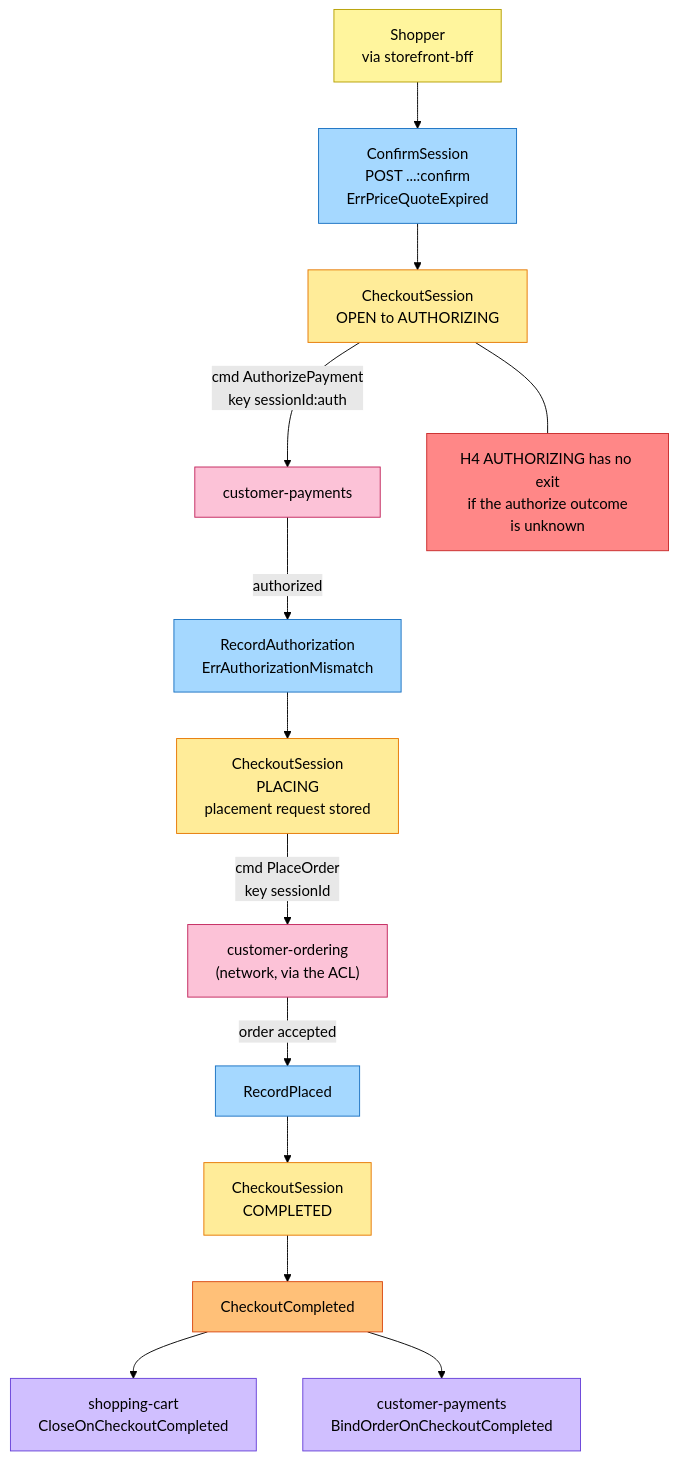
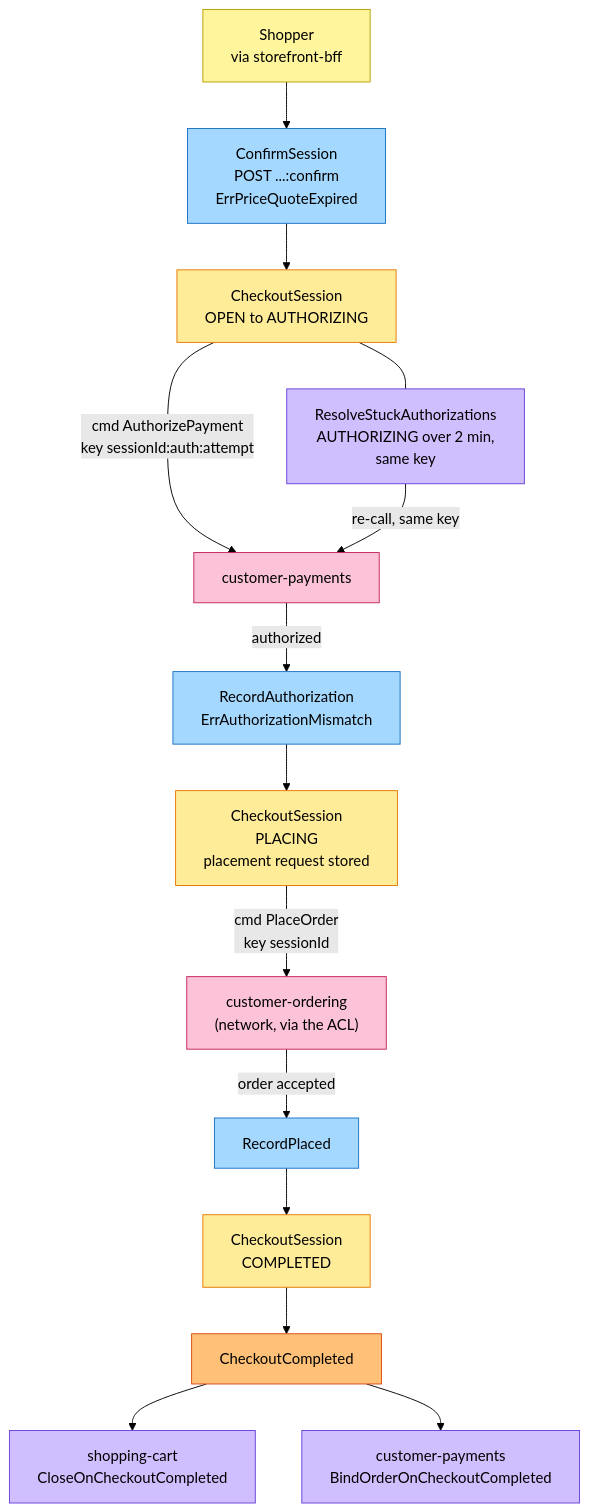
One commit to IQVO/warehouse-docs changed the second of 6 diagrams in storefront/docs/contexts/checkout/eventstorming.md. Above: the diagram before and after it, drawn with Mermaid (forest theme). The commit also changed other lines of this file and 11 other files, not shown here.

````diff
--- a/storefront/docs/contexts/checkout/eventstorming.md
+++ b/storefront/docs/contexts/checkout/eventstorming.md
@@ -78,37 +82,37 @@
 ```mermaid
 flowchart TB
     S["Shopper<br/>via storefront-bff"]:::actor
     C1["ConfirmSession<br/>POST ...:confirm<br/>ErrPriceQuoteExpired"]:::command
     G1["CheckoutSession<br/>OPEN to AUTHORIZING"]:::aggregate
     CP["customer-payments"]:::external
     C2["RecordAuthorization<br/>ErrAuthorizationMismatch"]:::command
     G2["CheckoutSession<br/>PLACING<br/>placement request stored"]:::aggregate
     CO["customer-ordering<br/>(network, via the ACL)"]:::external
     C3["RecordPlaced"]:::command
     G3["CheckoutSession<br/>COMPLETED"]:::aggregate
     E1["CheckoutCompleted"]:::event
     P1["shopping-cart<br/>CloseOnCheckoutCompleted"]:::policy
     P2["customer-payments<br/>BindOrderOnCheckoutCompleted"]:::policy
-    H4["H4 AUTHORIZING has no exit<br/>if the authorize outcome<br/>is unknown"]:::hotspot
+    P3["ResolveStuckAuthorizations<br/>AUTHORIZING over 2 min,<br/>same key"]:::policy
 
     S --> C1
     C1 --> G1
-    G1 -->|"cmd AuthorizePayment<br/>key sessionId:auth"| CP
+    G1 -->|"cmd AuthorizePayment<br/>key sessionId:auth:attempt"| CP
     CP -->|authorized| C2
     C2 --> G2
     G2 -->|"cmd PlaceOrder<br/>key sessionId"| CO
     CO -->|"order accepted"| C3
     C3 --> G3
     G3 --> E1
     E1 --> P1
     E1 --> P2
-    G1 --- H4
+    P3 -->|"re-call, same key"| CP
+    G1 --- P3
 
     classDef actor fill:#fff59d,stroke:#b59f00,color:#000
     classDef command fill:#a5d8ff,stroke:#1971c2,color:#000
     classDef aggregate fill:#ffec99,stroke:#e67700,color:#000
     classDef event fill:#ffc078,stroke:#d9480f,color:#000
     classDef policy fill:#d0bfff,stroke:#6741d9,color:#000
     classDef external fill:#fcc2d7,stroke:#c2255c,color:#000
-    classDef hotspot fill:#ff8787,stroke:#c92a2a,color:#000
 ```
````
